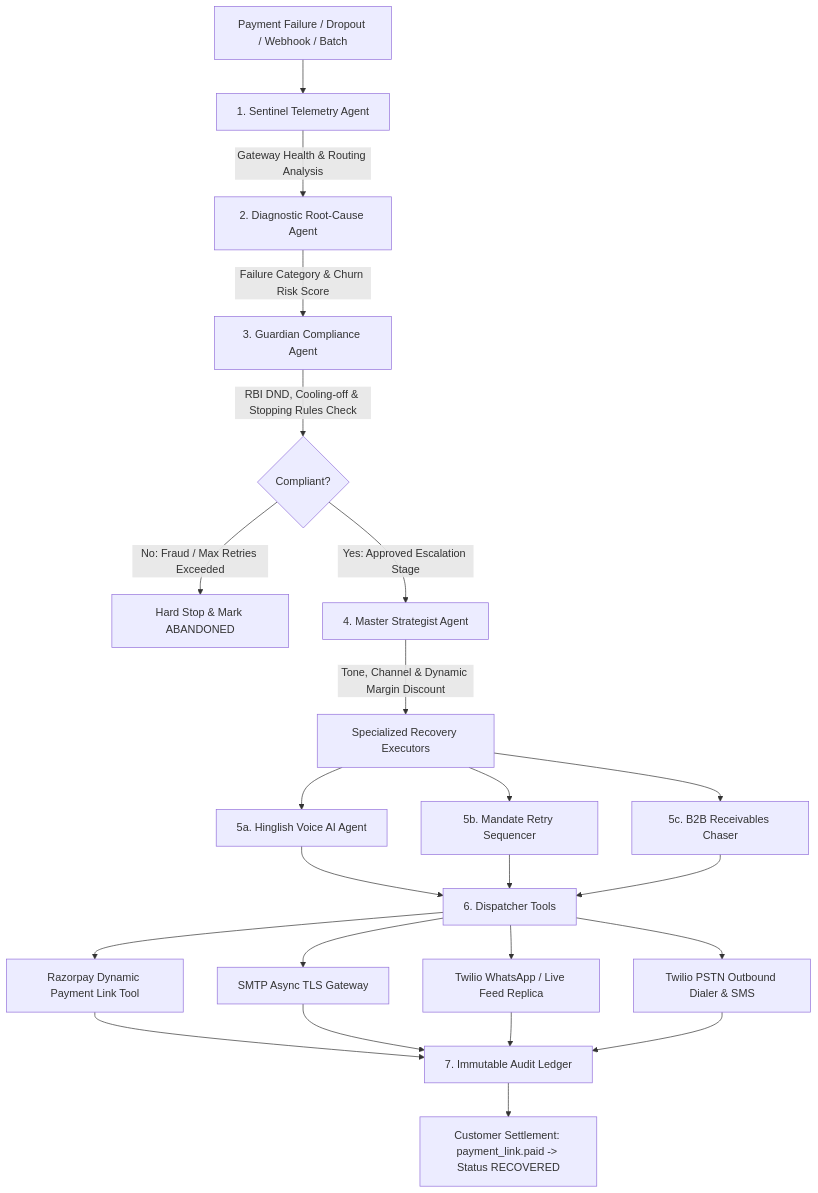
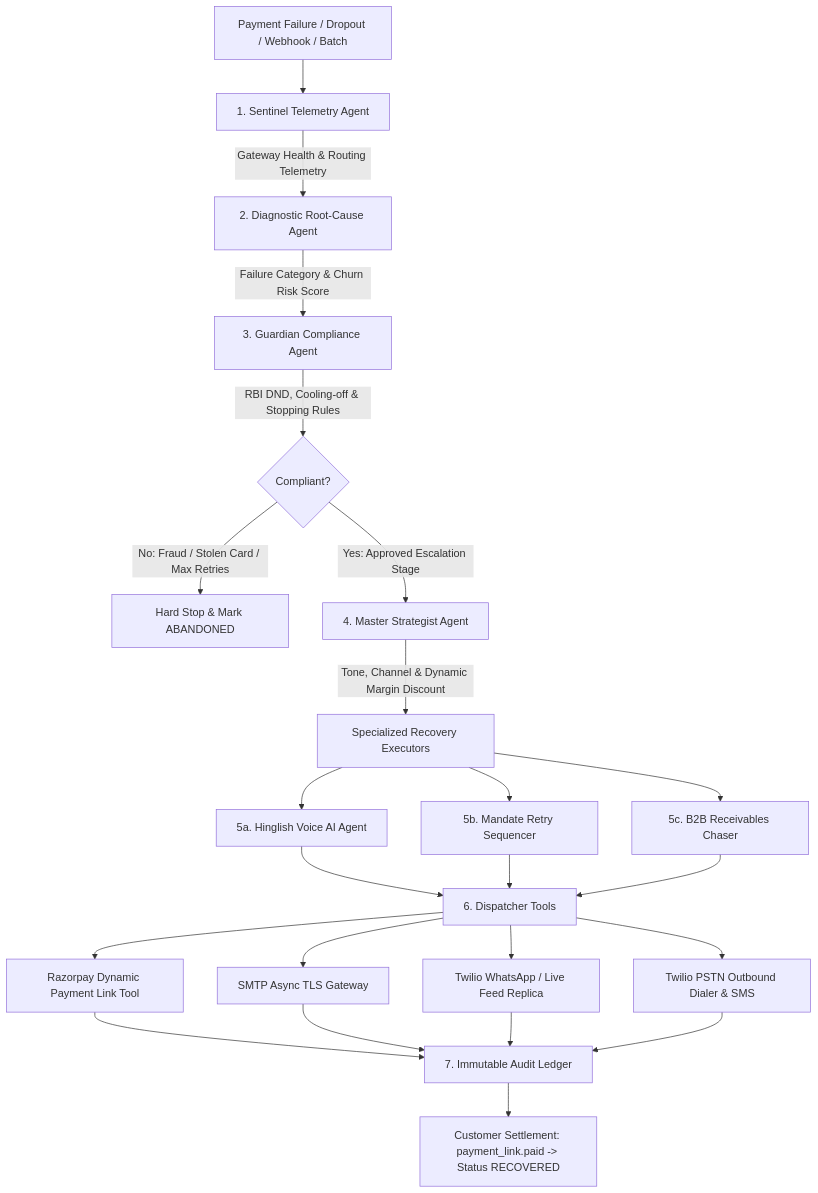
Before and after one commit to dakshshah2099/Shark-Recovery: the diagram in README.md, drawn with Mermaid. The commit also changed other lines of this file, not shown here.

````diff
--- a/README.md
+++ b/README.md
@@ -32,30 +63,30 @@
 ```mermaid
 graph TD
     A[Payment Failure / Dropout / Webhook / Batch] --> B[1. Sentinel Telemetry Agent]
-    B -->|Gateway Health & Routing Analysis| C[2. Diagnostic Root-Cause Agent]
+    B -->|Gateway Health & Routing Telemetry| C[2. Diagnostic Root-Cause Agent]
     C -->|Failure Category & Churn Risk Score| D[3. Guardian Compliance Agent]
-    D -->|RBI DND, Cooling-off & Stopping Rules Check| E{Compliant?}
-    E -->|No: Fraud / Max Retries Exceeded| F[Hard Stop & Mark ABANDONED]
+    D -->|RBI DND, Cooling-off & Stopping Rules| E{Compliant?}
+    E -->|No: Fraud / Stolen Card / Max Retries| F[Hard Stop & Mark ABANDONED]
     E -->|Yes: Approved Escalation Stage| G[4. Master Strategist Agent]
     G -->|Tone, Channel & Dynamic Margin Discount| H[Specialized Recovery Executors]
     
     H --> H1[5a. Hinglish Voice AI Agent]
     H --> H2[5b. Mandate Retry Sequencer]
     H --> H3[5c. B2B Receivables Chaser]
     
     H1 --> I[6. Dispatcher Tools]
     H2 --> I
     H3 --> I
     
     I --> I1[Razorpay Dynamic Payment Link Tool]
     I --> I2[SMTP Async TLS Gateway]
     I --> I3[Twilio WhatsApp / Live Feed Replica]
     I --> I4[Twilio PSTN Outbound Dialer & SMS]
     
     I1 --> J[7. Immutable Audit Ledger]
     I2 --> J
     I3 --> J
     I4 --> J
     
     J --> K[Customer Settlement: payment_link.paid -> Status RECOVERED]
 ```
````
